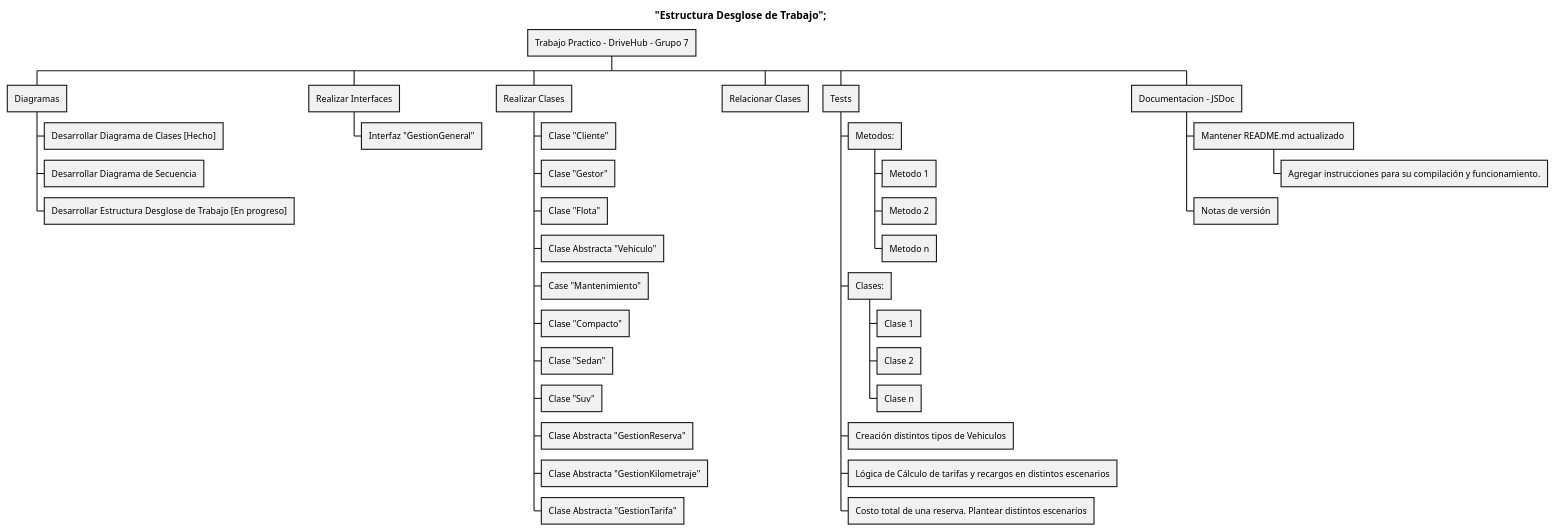
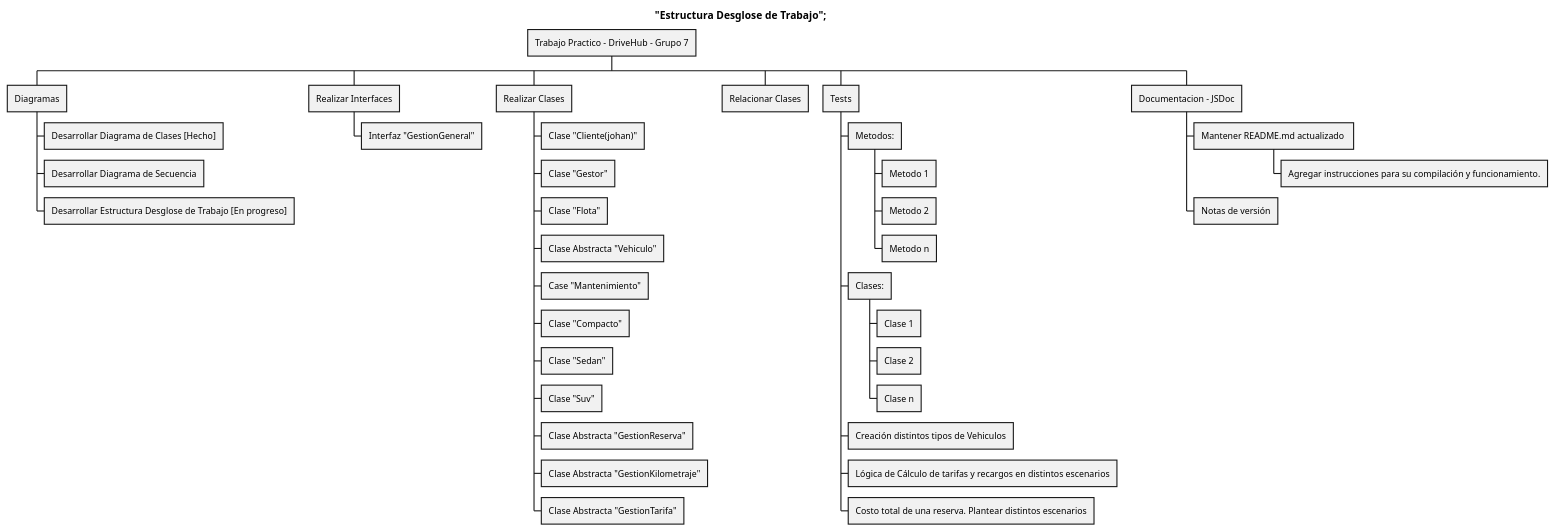
One commit to antonellaBelenVidela/Programacion2Grupo7 changed the diagram in diagramaUML/estructuraDesgloseTrabajo.puml. Above: the diagram before and after it, drawn with PlantUML. The commit also changed 10 other files, not shown here.

```diff
--- a/diagramaUML/estructuraDesgloseTrabajo.puml
+++ b/diagramaUML/estructuraDesgloseTrabajo.puml
@@ -1,48 +1,48 @@
 @startwbs EDT
 
 title "Estructura Desglose de Trabajo";
 
 * Trabajo Practico - DriveHub - Grupo 7
 
 ** Diagramas
 *** Desarrollar Diagrama de Clases [Hecho]
 *** Desarrollar Diagrama de Secuencia
 *** Desarrollar Estructura Desglose de Trabajo [En progreso]
 
 ** Realizar Interfaces
 *** Interfaz "GestionGeneral"
 
 ** Realizar Clases
-*** Clase "Cliente"
+*** Clase "Cliente(johan)"
 *** Clase "Gestor"
 *** Clase "Flota"
 *** Clase Abstracta "Vehiculo"
 *** Case "Mantenimiento"
 *** Clase "Compacto"
 *** Clase "Sedan"
 *** Clase "Suv"
 *** Clase Abstracta "GestionReserva"
 *** Clase Abstracta "GestionKilometraje"
 *** Clase Abstracta "GestionTarifa"
 
 ** Relacionar Clases
 
 ** Tests
 *** Metodos:
 **** Metodo 1
 **** Metodo 2
 **** Metodo n
 *** Clases:
 **** Clase 1
 **** Clase 2
 **** Clase n
 *** Creación distintos tipos de Vehiculos
 *** Lógica de Cálculo de tarifas y recargos en distintos escenarios
 *** Costo total de una reserva. Plantear distintos escenarios
 
 ** Documentacion - JSDoc
 *** Mantener README.md actualizado 
 **** Agregar instrucciones para su compilación y funcionamiento.
 *** Notas de versión
 
 @endwbs
```
